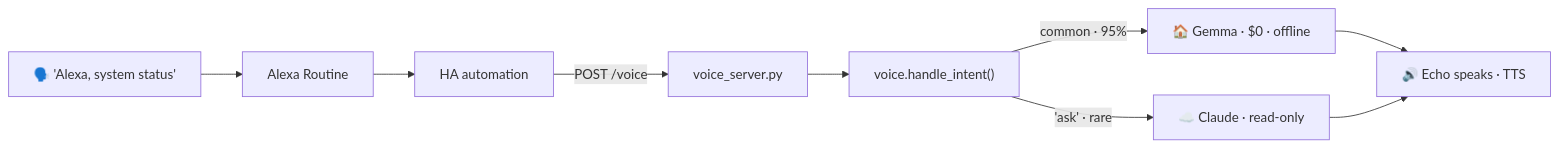
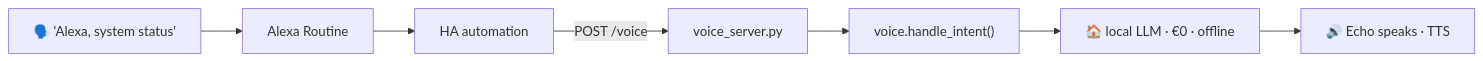
The third of 3 diagrams in README.md (naveen6gowda/AI-Agent), drawn with Mermaid before and after one commit. The commit also changed other lines of this file and 48 other files, not shown here.

First line of the commit message:
Sync with the live system: single local LLM, Langfuse, finance + commute, reliability jobs

````diff
--- a/README.md
+++ b/README.md
@@ -209,9 +242,7 @@
 ```mermaid
 flowchart LR
     P["🗣️ 'Alexa, system status'"] --> R["Alexa Routine"] --> AU["HA automation"]
     AU -->|"POST /voice"| VS["voice_server.py"] --> VH["voice.handle_intent()"]
-    VH -->|"common · 95%"| GE["🏠 Gemma · $0 · offline"]
-    VH -->|"'ask' · rare"| CA["☁️ Claude · read-only"]
-    GE --> EC["🔊 Echo speaks · TTS"]
-    CA --> EC
+    VH --> LO["🏠 local LLM · €0 · offline"]
+    LO --> EC["🔊 Echo speaks · TTS"]
 ```
````
